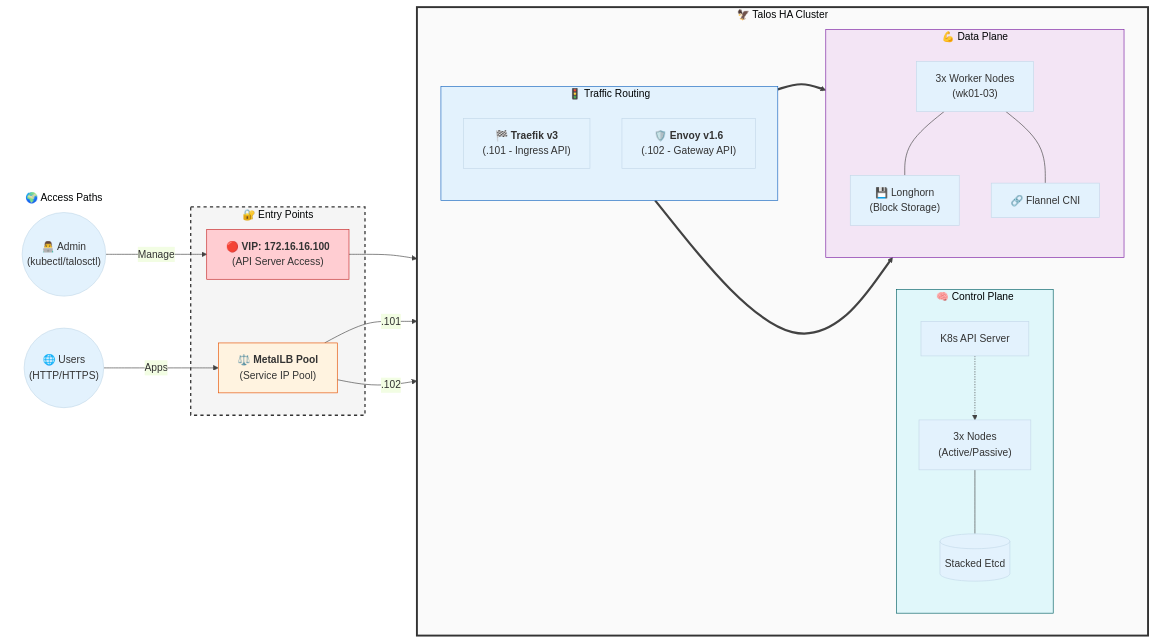
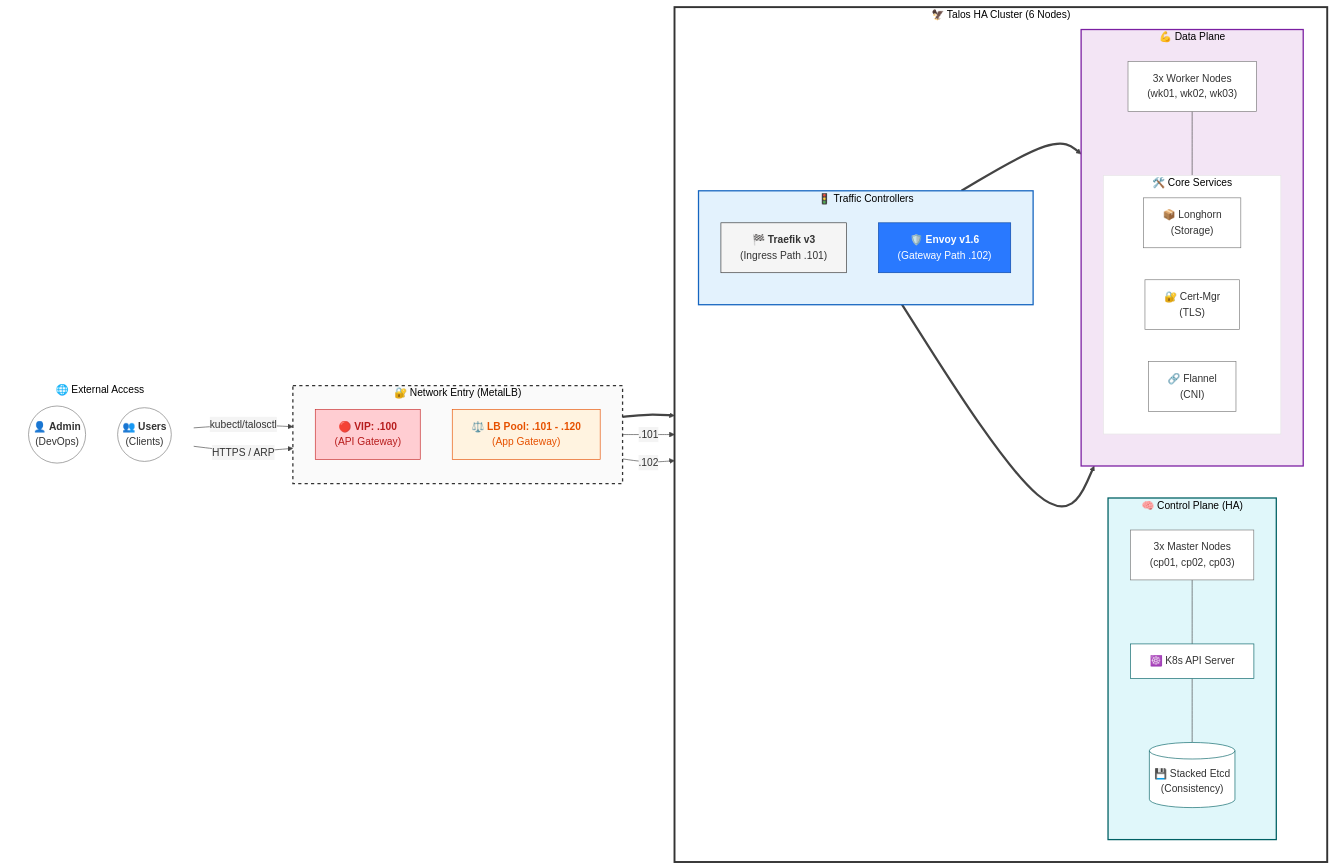
One commit to engabelal/kubernetes-ha-talos changed the diagram in readme.md. Above: the diagram before and after it, drawn with Mermaid. The commit also changed 1 other file, not shown here.

Commit message:
docs: ultra-premium architecture diagrams and final documentation polish

````diff
--- a/readme.md
+++ b/readme.md
@@ -10,66 +10,81 @@
 ```mermaid
-%%{init: {'theme': 'base', 'themeVariables': { 'primaryColor': '#e3f2fd', 'lineColor': '#424242', 'fontFamily': 'Inter, sans-serif'}}}%%
+%%{init: {'theme': 'base', 'themeVariables': { 'primaryColor': '#ffffff', 'primaryTextColor': '#333', 'primaryBorderColor': '#777', 'lineColor': '#444', 'secondaryColor': '#f4f4f4', 'tertiaryColor': '#fff'}}}%%
 
 graph LR
-    %% 📡 External Access Points
-    subgraph Access ["🌍 Access Paths"]
-        admin(("👨‍💻 Admin<br/>(kubectl/talosctl)"))
-        users(("🌐 Users<br/>(HTTP/HTTPS)"))
+    %% 🌐 EXTERNAL ACCESS
+    subgraph EXTERNAL ["🌐 External Access"]
+        direction TB
+        admin(("👤 <b>Admin</b><br/>(DevOps)"))
+        users(("👥 <b>Users</b><br/>(Clients)"))
     end
 
-    %% 🔐 Entry Points (Network Layer)
-    subgraph Entry ["🔐 Entry Points"]
-        vip["🔴 <b>VIP: 172.16.16.100</b><br/>(API Server Access)"]
-        lb_pool["⚖️ <b>MetalLB Pool</b><br/>(Service IP Pool)"]
+    %% 🔐 NETWORK ENTRY (The "Front Door")
+    subgraph DOOR ["🔐 Network Entry (MetalLB)"]
+        direction TB
+        vip["🔴 <b>VIP: .100</b><br/>(API Gateway)"]
+        pool["⚖️ <b>LB Pool: .101 - .120</b><br/>(App Gateway)"]
     end
 
-    %% 🧠 Control Plane & Core stack
-    subgraph CLUSTER ["🦅 Talos HA Cluster"]
+    %% 🦅 THE CLUSTER CORE
+    subgraph CLUSTER ["🦅 Talos HA Cluster (6 Nodes)"]
         direction LR
 
-        subgraph CP ["🧠 Control Plane"]
+        %% 🧠 CONTROL PLANE
+        subgraph CP ["🧠 Control Plane (HA)"]
             direction TB
-            cp_nodes["3x Nodes<br/>(Active/Passive)"]
-            api["K8s API Server"]
-            etcd[("Stacked Etcd")]
+            cp_nodes["3x Master Nodes<br/>(cp01, cp02, cp03)"]
+            api["☸️ K8s API Server"]
+            etcd[("💾 Stacked Etcd<br/>(Consistency)")]
+
+            api --- etcd
+            cp_nodes --- api
         end
 
-        subgraph INGRESS ["🚦 Traffic Routing"]
+        %% 🚦 TRAFFIC LAYER
+        subgraph ROUTING ["🚦 Traffic Controllers"]
             direction TB
-            traefik["🏁 <b>Traefik v3</b><br/>(.101 - Ingress API)"]
-            envoy["🛡️ <b>Envoy v1.6</b><br/>(.102 - Gateway API)"]
+            traefik["🏁 <b>Traefik v3</b><br/>(Ingress Path .101)"]
+            envoy["🛡️ <b>Envoy v1.6</b><br/>(Gateway Path .102)"]
         end
 
-        subgraph DATA ["💪 Data Plane"]
+        %% 💪 DATA PLANE
+        subgraph WORKERS ["💪 Data Plane"]
             direction TB
-            wk_nodes["3x Worker Nodes<br/>(wk01-03)"]
-            storage["💾 Longhorn<br/>(Block Storage)"]
-            cni["🔗 Flannel CNI"]
+            wk_nodes["3x Worker Nodes<br/>(wk01, wk02, wk03)"]
+            subgraph SERVICES ["🛠️ Core Services"]
+                direction LR
+                longhorn["📦 Longhorn<br/>(Storage)"]
+                certmgr["🔐 Cert-Mgr<br/>(TLS)"]
+                flannel["🔗 Flannel<br/>(CNI)"]
+            end
+            wk_nodes --- SERVICES
         end
     end
 
-    %% 🔗 Connections (The Logic)
-    admin -- "Manage" --> vip
-    vip --> api
-    api -.-> cp_nodes
-    cp_nodes --- etcd
+    %% 🔗 LOGICAL FLOWS
+    admin -- "kubectl/talosctl" --> vip
+    vip ==> api
 
-    users -- "Apps" --> lb_pool
-    lb_pool -- ".101" --> traefik
-    lb_pool -- ".102" --> envoy
+    users -- "HTTPS / ARP" --> pool
+    pool -- ".101" --> traefik
+    pool -- ".102" --> envoy
 
     traefik ==> wk_nodes
     envoy ==> wk_nodes
-    wk_nodes --- storage
-    wk_nodes --- cni
 
-    %% 🎨 Styling
-    style Access fill:none,stroke:none
-    style Entry fill:#f5f5f5,stroke:#333,stroke-width:2px,stroke-dasharray: 5 5
-    style CLUSTER fill:#fafafa,stroke:#333,stroke-width:3px
-    style CP fill:#e0f7fa,stroke:#006064
-    style INGRESS fill:#e3f2fd,stroke:#1565c0
-    style DATA fill:#f3e5f5,stroke:#7b1fa2
-    style vip fill:#ffcdd2,stroke:#c62828
-    style lb_pool fill:#fff3e0,stroke:#e65100
+    %% 🎨 STYLING & COLORS
+    style EXTERNAL fill:none,stroke:none
+    style DOOR fill:#fafafa,stroke:#333,stroke-width:2px,stroke-dasharray: 5 5
+    style CLUSTER fill:#ffffff,stroke:#333,stroke-width:3px
+
+    style CP fill:#e0f7fa,stroke:#006064,stroke-width:2px
+    style ROUTING fill:#e3f2fd,stroke:#1565c0,stroke-width:2px
+    style WORKERS fill:#f3e5f5,stroke:#7b1fa2,stroke-width:2px
+
+    style vip fill:#ffcdd2,stroke:#c62828,color:#b71c1c
+    style pool fill:#fff3e0,stroke:#e65100,color:#e65100
+    style api fill:#fff,stroke:#006064
+    style etcd fill:#fff,stroke:#006064
+    style traefik fill:#f5f5f5,stroke:#333
+    style envoy fill:#2979ff,stroke:#0d47a1,color:#fff
 ```
````
